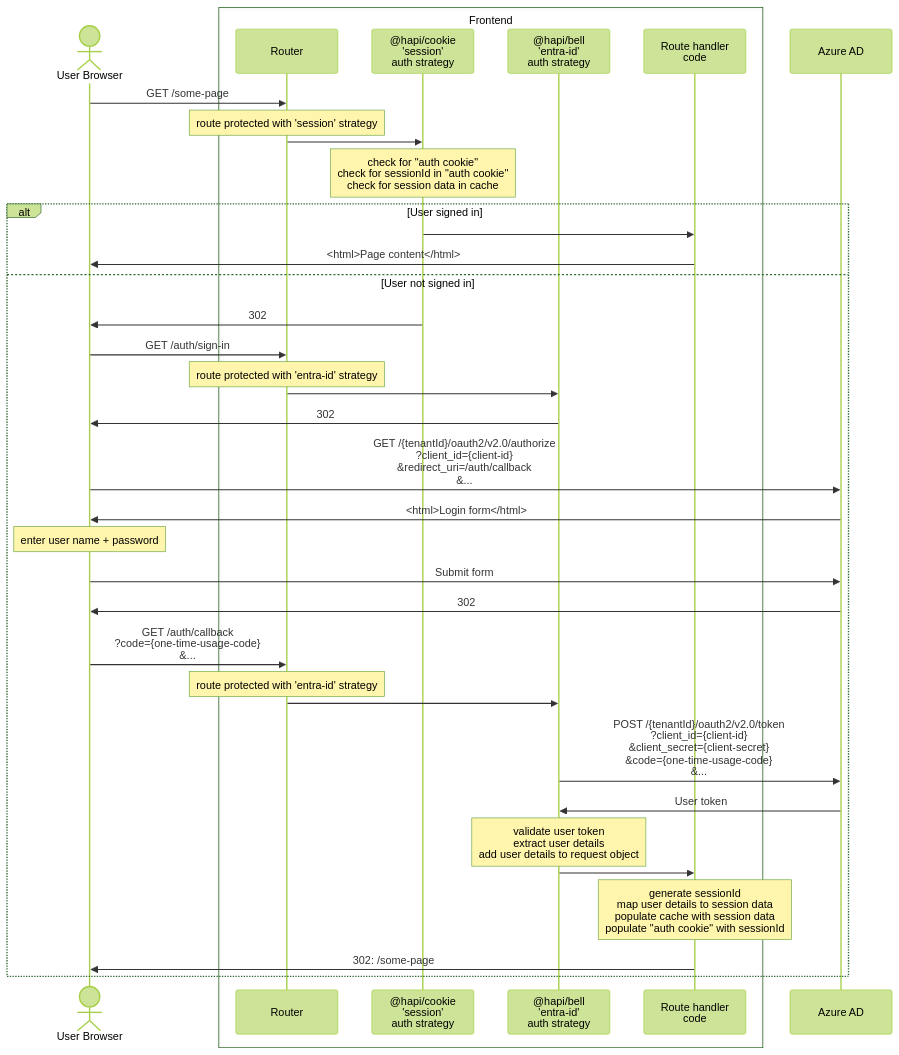
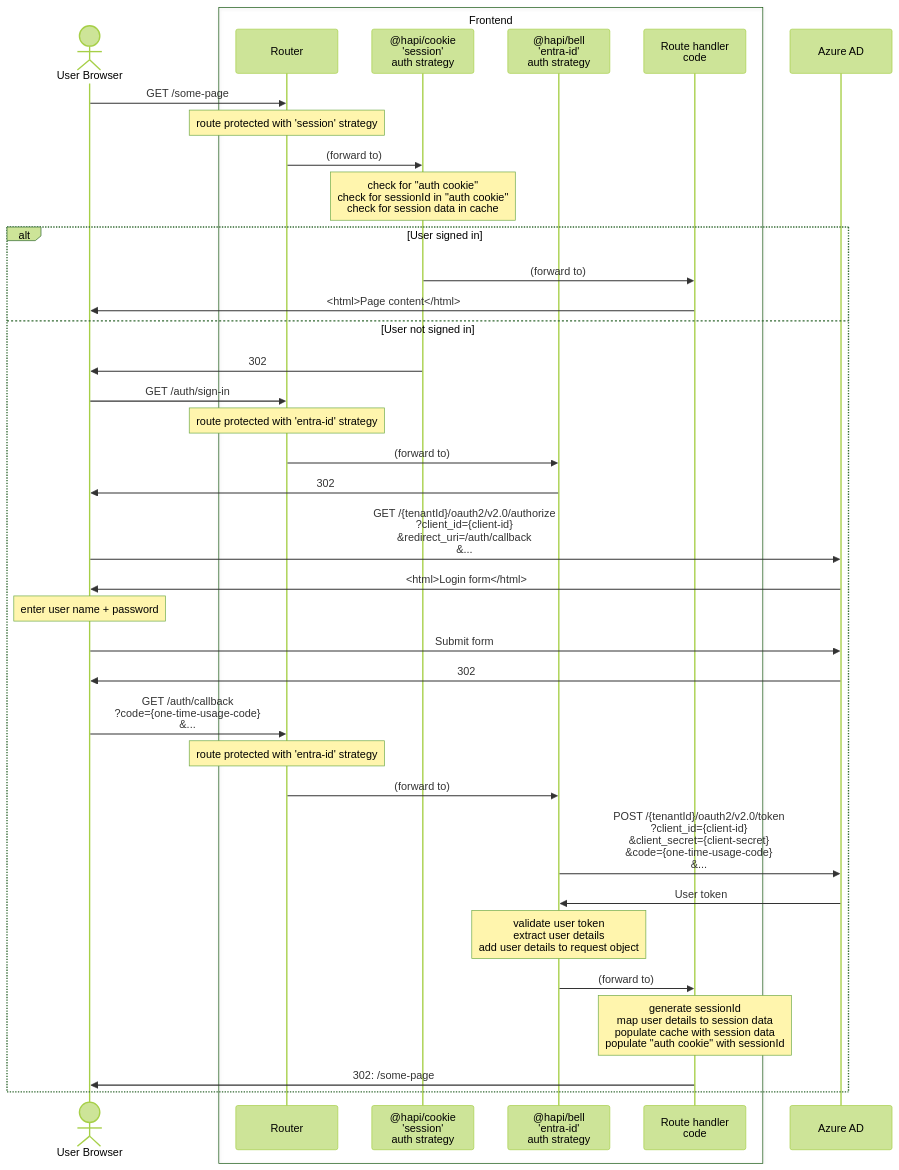
One commit to DEFRA/epr-backend changed the second of 4 diagrams in docs/architecture/discovery/pepr-lld-auth-admin-ui.md. Above: the diagram before and after it, drawn with Mermaid (forest theme). The commit also changed other lines of this file, not shown here.

Commit message:
Fix mermaid syntax errors

````diff
--- a/docs/architecture/discovery/pepr-lld-auth-admin-ui.md
+++ b/docs/architecture/discovery/pepr-lld-auth-admin-ui.md
@@ -93,42 +93,42 @@
 ```mermaid
 sequenceDiagram
 
 Actor U as User Browser
 box Frontend
   participant router as Router
   participant cookie as @hapi/cookie<br/>'session'<br/>auth strategy
   participant bell as @hapi/bell<br/>'entra-id'<br/>auth strategy
   participant route as Route handler<br/>code
 end
 participant AAD as Azure AD
 
 
 U->>router: GET /some-page
 note over router: route protected with 'session' strategy
-router->>cookie:
+router->>cookie: (forward to)
 note over cookie: check for "auth cookie"<br/>check for sessionId in "auth cookie"<br/>check for session data in cache
 alt User signed in
-  cookie->>route:
+  cookie->>route: (forward to)
   route->>U: <html>Page content</html>
 else User not signed in
   cookie->>U: 302
   U->>router: GET /auth/sign-in
   note over router: route protected with 'entra-id' strategy
-  router->>bell:
+  router->>bell: (forward to)
   bell->>U: 302
   U->>AAD: GET /{tenantId}/oauth2/v2.0/authorize<br/>?client_id={client-id}<br/>&redirect_uri=/auth/callback<br/>&...
   AAD->>U: <html>Login form</html>
   Note over U: enter user name + password
   U->>AAD: Submit form
   AAD->>U: 302
   U->>router: GET /auth/callback<br/>?code={one-time-usage-code}<br/>&...
   note over router: route protected with 'entra-id' strategy
-  router->>bell:
+  router->>bell: (forward to)
   bell->>AAD: POST /{tenantId}/oauth2/v2.0/token<br/>?client_id={client-id}<br/>&client_secret={client-secret}<br/>&code={one-time-usage-code}<br/>&...
   AAD->>bell: User token
   Note over bell: validate user token<br/>extract user details<br/>add user details to request object
-  bell->>route:
+  bell->>route: (forward to)
   note over route: generate sessionId<br/>map user details to session data<br/>populate cache with session data<br/>populate "auth cookie" with sessionId
   route->>U: 302: /some-page
 end
 ```
````
